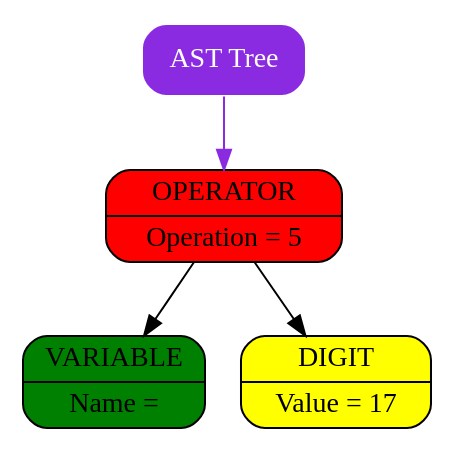
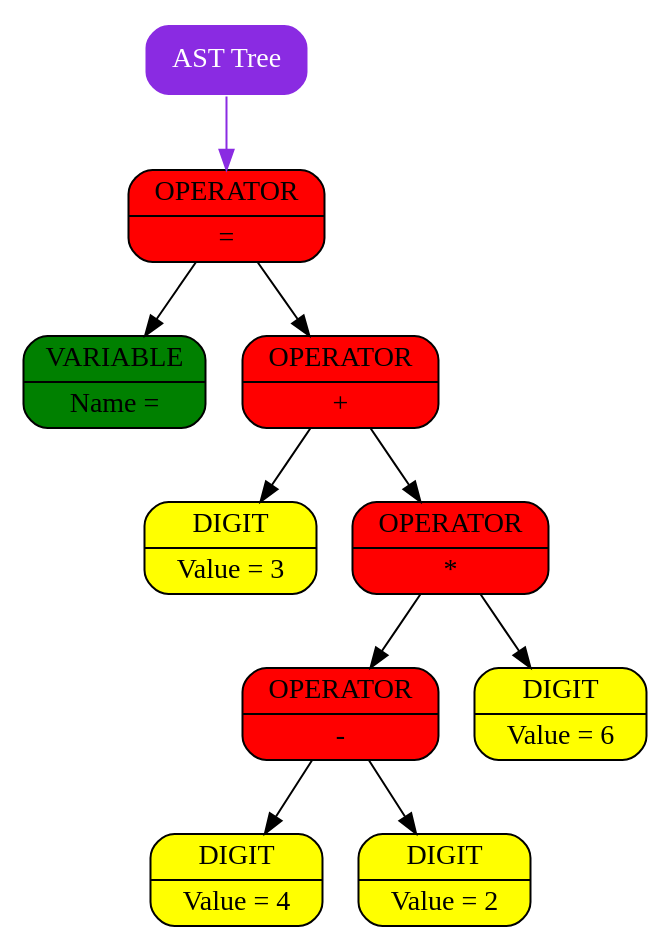
The diagram in graphics/graph.dot (Pelmeshka127/ParaCL), drawn with Graphviz before and after one commit. The commit also changed 11 other files, not shown here.

```diff
--- a/graphics/graph.dot
+++ b/graphics/graph.dot
@@ -1,11 +1,23 @@
 digraph Tree
 {
    rankdir = HR;
    tree[shape = Mrecord, style = filled, color = "white", style = filled, fontcolor = "white", fillcolor = "blueviolet", label = "AST Tree"];
-   "0x12b8040c0"[shape = Mrecord, color = "black", style = filled, fontcolor = "black", fillcolor = "red"   label = " {OPERATOR | Operation = 5}"];
-  "0x12b8040c0" -> "0x12b804080" [color = "black"];
-  "0x12b8040c0" -> "0x12b8040b0" [color = "black"];
-   "0x12b804080"[shape = Mrecord, color = "black", style = filled, fontcolor = "black", fillcolor = "green",   label = " {VARIABLE | Name = }"];
-   "0x12b8040b0"[shape = Mrecord, color = "black", style = filled, fontcolor = "black", fillcolor = "yellow",   label = " {DIGIT | Value = 17}"];
-   tree -> "0x12b8040c0" [color = "blueviolet"];
+   "0x12d606c40"[shape = Mrecord, color = "black", style = filled, fontcolor = "black", fillcolor = "red"   label = " {OPERATOR | =}"];
+  "0x12d606c40" -> "0x12d606b40" [color = "black"];
+  "0x12d606c40" -> "0x12d606c10" [color = "black"];
+   "0x12d606b40"[shape = Mrecord, color = "black", style = filled, fontcolor = "black", fillcolor = "green",   label = " {VARIABLE | Name = }"];
+   "0x12d606c10"[shape = Mrecord, color = "black", style = filled, fontcolor = "black", fillcolor = "red"   label = " {OPERATOR | +}"];
+  "0x12d606c10" -> "0x12d606b70" [color = "black"];
+  "0x12d606c10" -> "0x12d606be0" [color = "black"];
+   "0x12d606b70"[shape = Mrecord, color = "black", style = filled, fontcolor = "black", fillcolor = "yellow",   label = " {DIGIT | Value = 3}"];
+   "0x12d606be0"[shape = Mrecord, color = "black", style = filled, fontcolor = "black", fillcolor = "red"   label = " {OPERATOR | *}"];
+  "0x12d606be0" -> "0x12d606ba0" [color = "black"];
+  "0x12d606be0" -> "0x12d606bd0" [color = "black"];
+   "0x12d606ba0"[shape = Mrecord, color = "black", style = filled, fontcolor = "black", fillcolor = "red"   label = " {OPERATOR | -}"];
+  "0x12d606ba0" -> "0x12d606b80" [color = "black"];
+  "0x12d606ba0" -> "0x12d606b90" [color = "black"];
+   "0x12d606b80"[shape = Mrecord, color = "black", style = filled, fontcolor = "black", fillcolor = "yellow",   label = " {DIGIT | Value = 4}"];
+   "0x12d606b90"[shape = Mrecord, color = "black", style = filled, fontcolor = "black", fillcolor = "yellow",   label = " {DIGIT | Value = 2}"];
+   "0x12d606bd0"[shape = Mrecord, color = "black", style = filled, fontcolor = "black", fillcolor = "yellow",   label = " {DIGIT | Value = 6}"];
+   tree -> "0x12d606c40" [color = "blueviolet"];
 }
```
